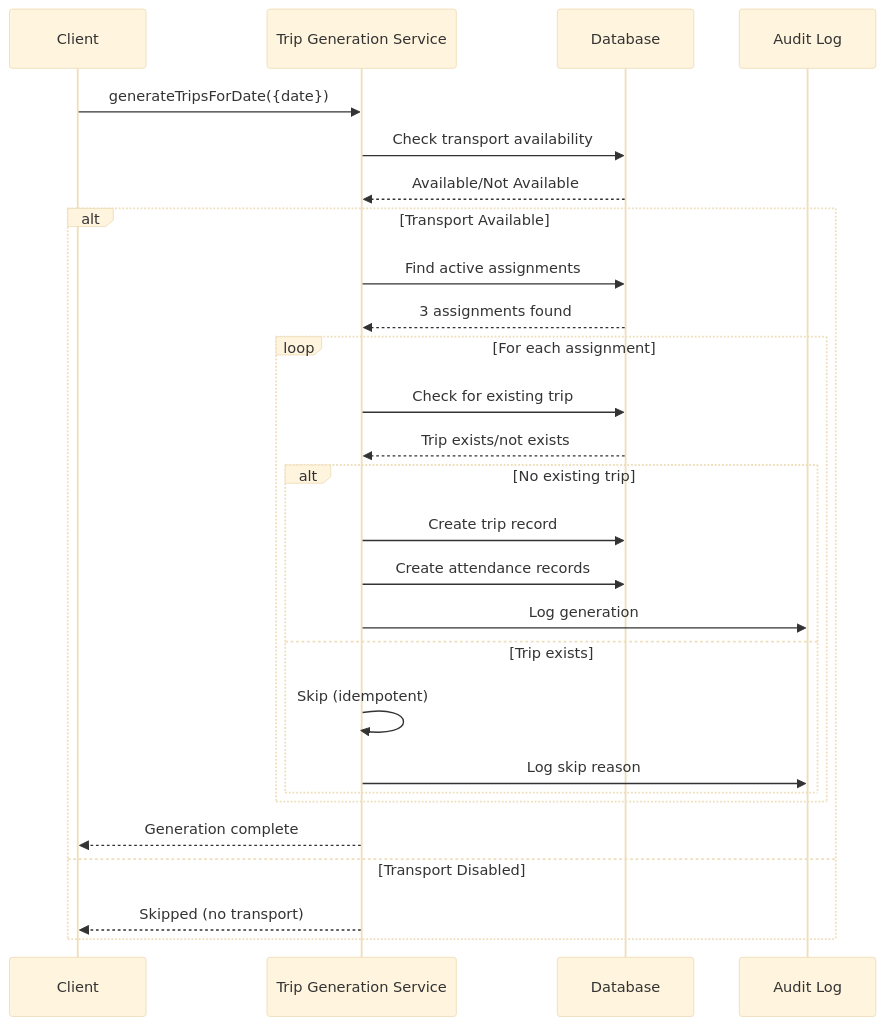
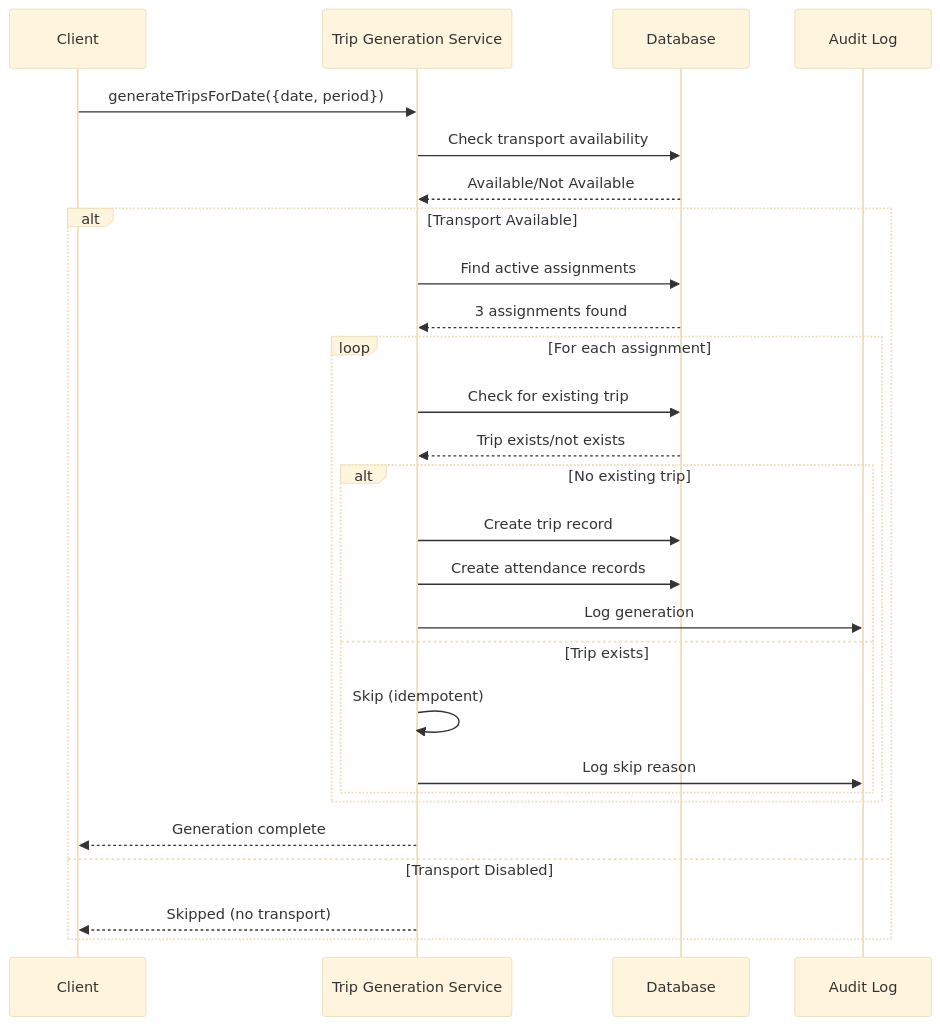
The tenth of 21 diagrams in README.md (DeCLAN-designs/Soho_Academy), drawn with Mermaid (base theme) before and after one commit. The commit also changed other lines of this file and 50 other files, not shown here.

````diff
--- a/README.md
+++ b/README.md
@@ -815,34 +856,34 @@
 ```mermaid
 sequenceDiagram
     participant Client as Client
     participant Service as Trip Generation Service
     participant DB as Database
     participant Audit as Audit Log
     
-    Client->>Service: generateTripsForDate({date})
+    Client->>Service: generateTripsForDate({date, period})
     Service->>DB: Check transport availability
     DB-->>Service: Available/Not Available
     
     alt Transport Available
         Service->>DB: Find active assignments
         DB-->>Service: 3 assignments found
         
         loop For each assignment
             Service->>DB: Check for existing trip
             DB-->>Service: Trip exists/not exists
             
             alt No existing trip
                 Service->>DB: Create trip record
                 Service->>DB: Create attendance records
                 Service->>Audit: Log generation
             else Trip exists
                 Service->>Service: Skip (idempotent)
                 Service->>Audit: Log skip reason
             end
         end
         
         Service-->>Client: Generation complete
     else Transport Disabled
         Service-->>Client: Skipped (no transport)
     end
 ```
````
